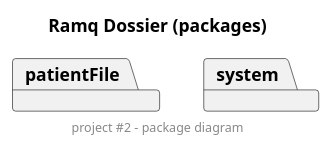
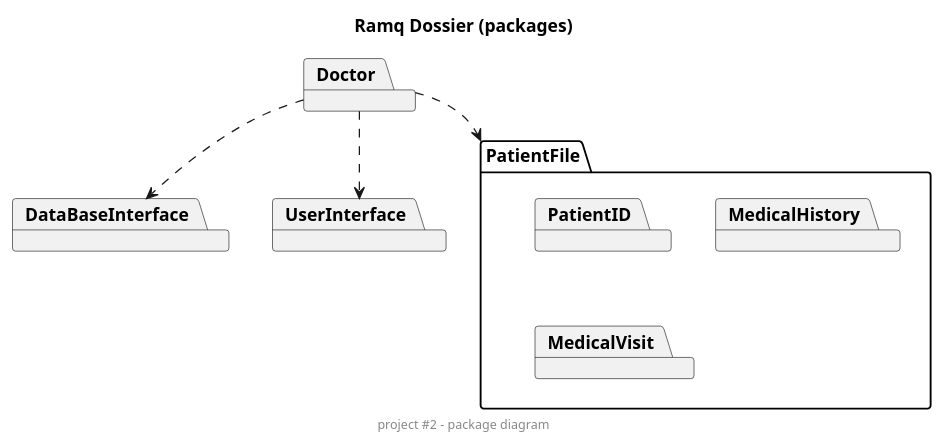
The diagram in Models/plantuml/package.puml (AmineSdi/PROJET_JAVAFX), drawn with PlantUML before and after one commit. The commit also changed 1 other file, not shown here.

```diff
--- a/Models/plantuml/package.puml
+++ b/Models/plantuml/package.puml
@@ -1,9 +1,19 @@
 @startuml
 'DOCUMENTATION
 'PLANTUML (look for instruction about package environment) : https://plantuml.com/fr/deployment-diagram
 'WHAT IS A PACKAGE DIAGRAM : https://www.visual-paradigm.com/guide/uml-unified-modeling-language/what-is-package-diagram/
 title Ramq Dossier (packages)
 center footer project #2 - package diagram
-package patientFile
-package system
+package PatientFile{
+    package PatientID
+    package MedicalHistory
+    package MedicalVisit
+}
+package Doctor
+package DataBaseInterface
+package UserInterface
+
+Doctor ..> PatientFile
+Doctor ..> DataBaseInterface
+Doctor ..> UserInterface
 @enduml
```
